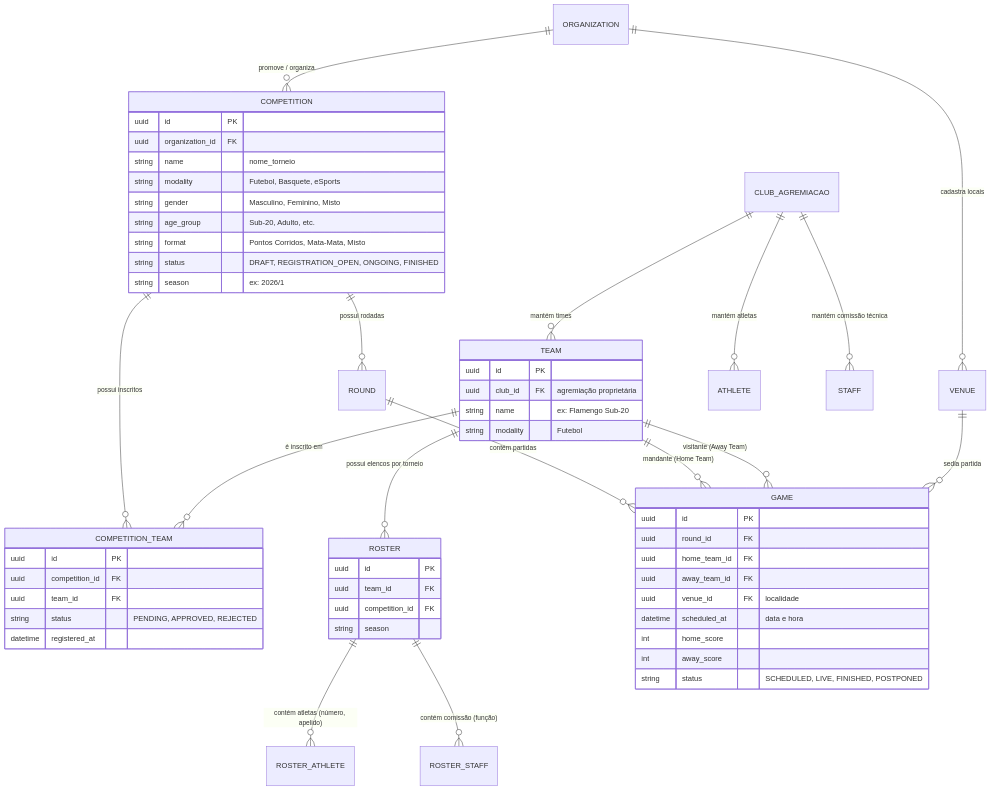
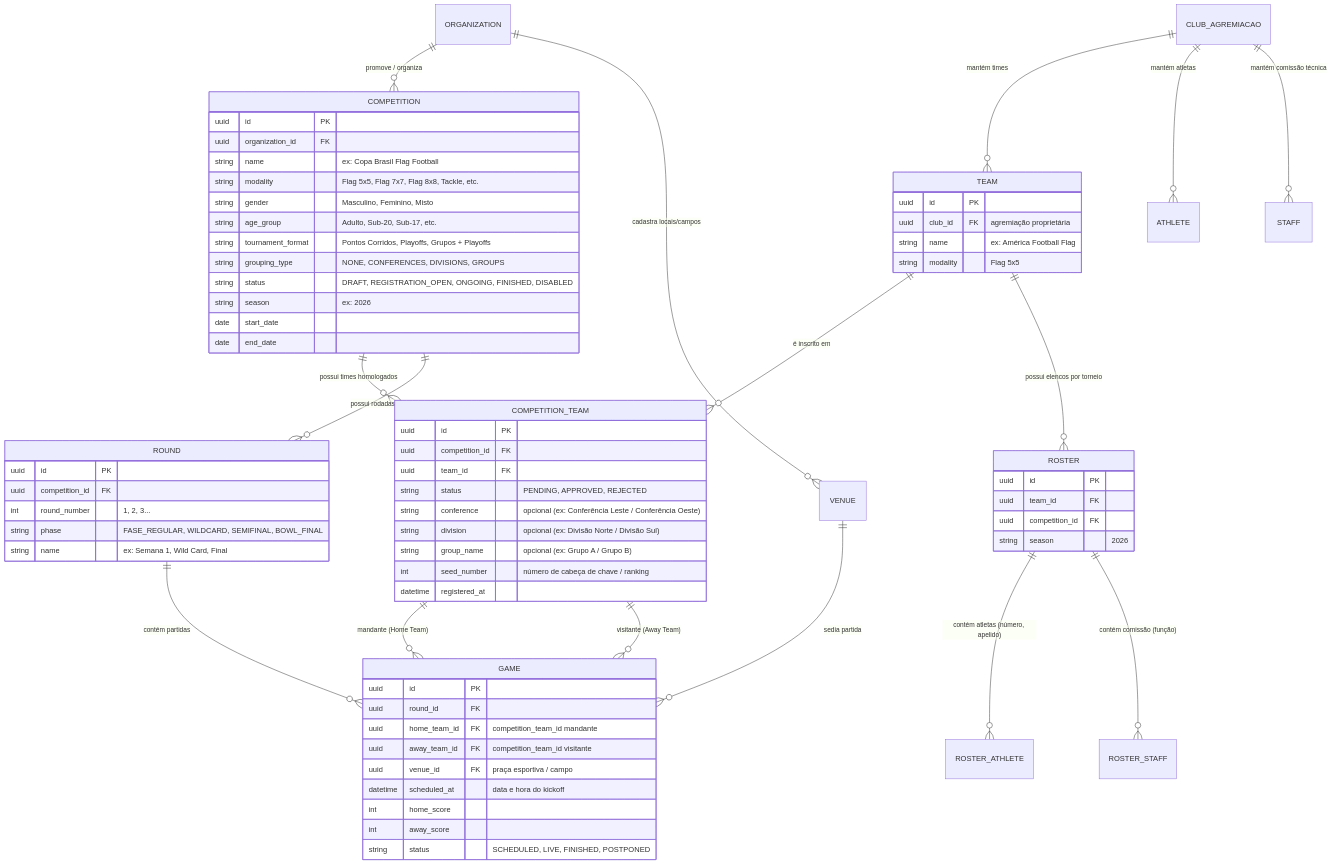
Before and after one commit to cesargranelli/flag_platform_docs: the first of 2 diagrams in architecture/arquitetura_modulo_competicoes.md, drawn with Mermaid. The commit also changed other lines of this file and 4 other files, not shown here.

Commit message:
docs(affiliation): add institution affiliation workflow and update competition roadmap

````diff
--- a/architecture/arquitetura_modulo_competicoes.md
+++ b/architecture/arquitetura_modulo_competicoes.md
@@ -30,9 +31,9 @@
 ```mermaid
 erDiagram
     ORGANIZATION ||--o{ COMPETITION : "promove / organiza"
-    ORGANIZATION ||--o{ VENUE : "cadastra locais"
+    ORGANIZATION ||--o{ VENUE : "cadastra locais/campos"
     
-    COMPETITION ||--o{ COMPETITION_TEAM : "possui inscritos"
+    COMPETITION ||--o{ COMPETITION_TEAM : "possui times homologados"
     COMPETITION ||--o{ ROUND : "possui rodadas"
     
     CLUB_AGREMIACAO ||--o{ TEAM : "mantém times"
@@ -47,27 +48,23 @@
 
     ROUND ||--o{ GAME : "contém partidas"
     
-    TEAM ||--o{ GAME : "mandante (Home Team)"
-    TEAM ||--o{ GAME : "visitante (Away Team)"
+    COMPETITION_TEAM ||--o{ GAME : "mandante (Home Team)"
+    COMPETITION_TEAM ||--o{ GAME : "visitante (Away Team)"
     VENUE ||--o{ GAME : "sedia partida"
 
     COMPETITION {
         uuid id PK
         uuid organization_id FK
-        string name "nome_torneio"
-        string modality "Futebol, Basquete, eSports"
+        string name "ex: Copa Brasil Flag Football"
+        string modality "Flag 5x5, Flag 7x7, Flag 8x8, Tackle, etc."
         string gender "Masculino, Feminino, Misto"
-        string age_group "Sub-20, Adulto, etc."
-        string format "Pontos Corridos, Mata-Mata, Misto"
-        string status "DRAFT, REGISTRATION_OPEN, ONGOING, FINISHED"
-        string season "ex: 2026/1"
-    }
-
-    TEAM {
-        uuid id PK
-        uuid club_id FK "agremiação proprietária"
-        string name "ex: Flamengo Sub-20"
-        string modality "Futebol"
+        string age_group "Adulto, Sub-20, Sub-17, etc."
+        string tournament_format "Pontos Corridos, Playoffs, Grupos + Playoffs"
+        string grouping_type "NONE, CONFERENCES, DIVISIONS, GROUPS"
+        string status "DRAFT, REGISTRATION_OPEN, ONGOING, FINISHED, DISABLED"
+        string season "ex: 2026"
+        date start_date
+        date end_date
     }
 
     COMPETITION_TEAM {
@@ -75,23 +72,42 @@
         uuid competition_id FK
         uuid team_id FK
         string status "PENDING, APPROVED, REJECTED"
+        string conference "opcional (ex: Conferência Leste / Conferência Oeste)"
+        string division "opcional (ex: Divisão Norte / Divisão Sul)"
+        string group_name "opcional (ex: Grupo A / Grupo B)"
+        int seed_number "número de cabeça de chave / ranking"
         datetime registered_at
+    }
+
+    TEAM {
+        uuid id PK
+        uuid club_id FK "agremiação proprietária"
+        string name "ex: América Football Flag"
+        string modality "Flag 5x5"
     }
 
     ROSTER {
         uuid id PK
         uuid team_id FK
         uuid competition_id FK
-        string season
+        string season "2026"
+    }
+
+    ROUND {
+        uuid id PK
+        uuid competition_id FK
+        int round_number "1, 2, 3..."
+        string phase "FASE_REGULAR, WILDCARD, SEMIFINAL, BOWL_FINAL"
+        string name "ex: Semana 1, Wild Card, Final"
     }
 
     GAME {
         uuid id PK
         uuid round_id FK
-        uuid home_team_id FK
-        uuid away_team_id FK
-        uuid venue_id FK "localidade"
-        datetime scheduled_at "data e hora"
+        uuid home_team_id FK "competition_team_id mandante"
+        uuid away_team_id FK "competition_team_id visitante"
+        uuid venue_id FK "praça esportiva / campo"
+        datetime scheduled_at "data e hora do kickoff"
         int home_score
         int away_score
         string status "SCHEDULED, LIVE, FINISHED, POSTPONED"
````
